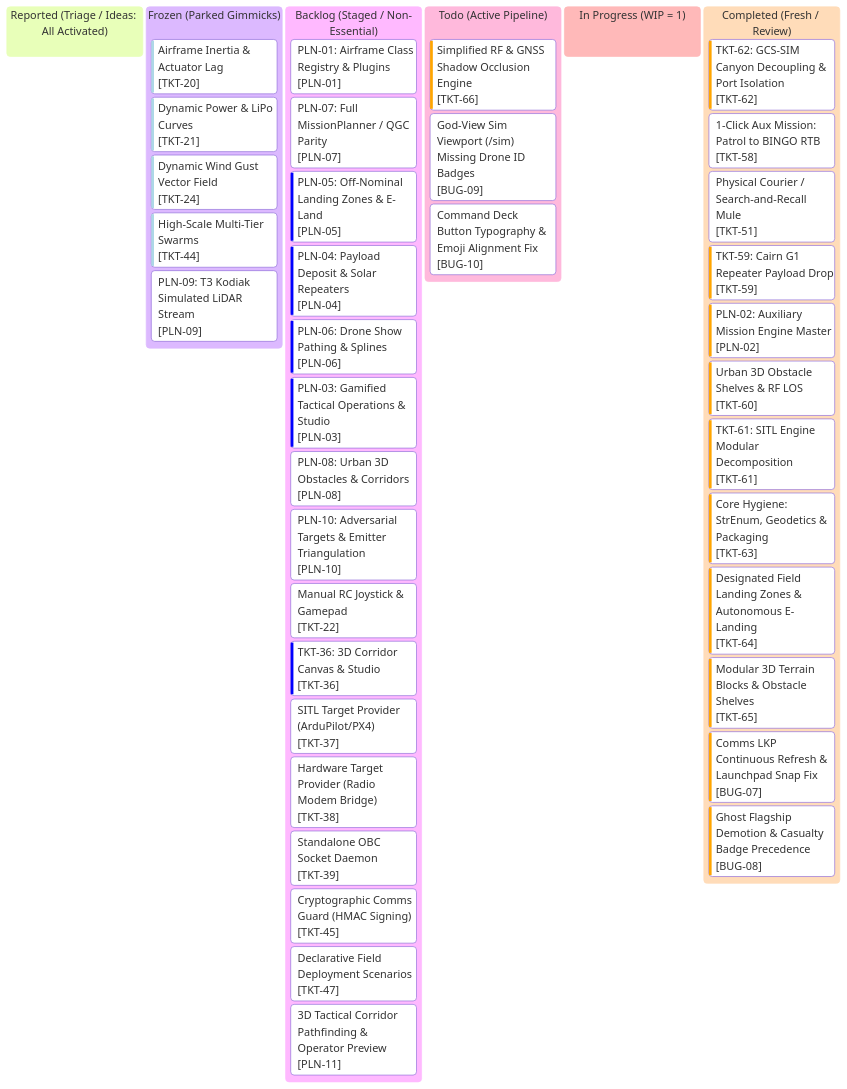
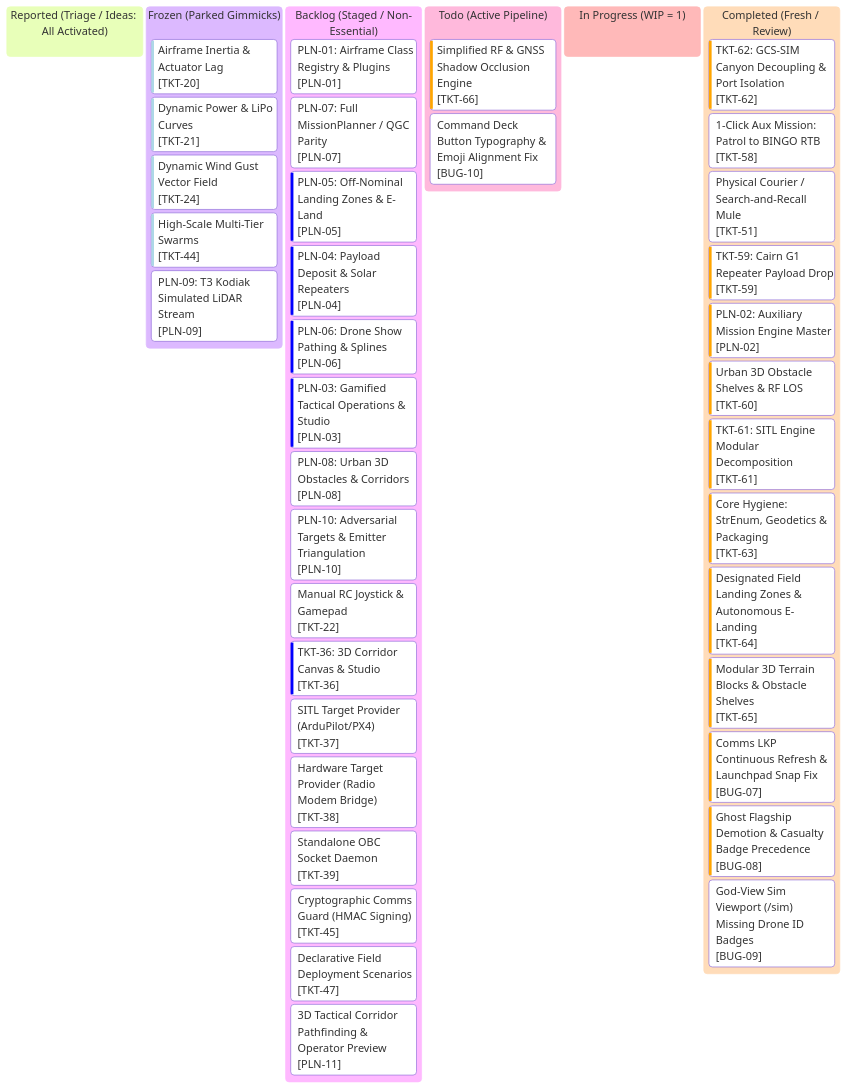
One commit to AlitheiaDeus/AlitheiaHive changed the diagram in roadmap/kanban.md. Above: the diagram before and after it, drawn with Mermaid. The commit also changed other lines of this file and 2 other files, not shown here.

Commit message:
fix(sim-ui): render tactical drone ID badges in god-view viewport (BUG-09)

````diff
--- a/roadmap/kanban.md
+++ b/roadmap/kanban.md
@@ -10,65 +10,65 @@
 ```mermaid
 %%{init: {
   'theme': 'base',
   'themeVariables': {
     'primaryColor': '#0d2235',
     'primaryTextColor': '#d4f4ff',
     'primaryBorderColor': '#00f0ff',
     'lineColor': '#00f0ff',
     'background': '#061019',
     'mainBkg': '#0a1926',
     'secondaryColor': '#081420',
     'secondaryTextColor': '#5a7e96',
     'secondaryBorderColor': '#134e6f',
     'tertiaryColor': '#0e263d',
     'tertiaryTextColor': '#00ffaa',
     'tertiaryBorderColor': '#00ffaa',
     'clusterBkg': '#081420',
     'clusterBorder': '#134e6f',
     'fontFamily': "'JetBrains Mono', 'Courier New', monospace"
   }
 }}%%
 kanban
   reported["Reported (Triage / Ideas: All Activated)"]
   frozen["Frozen (Parked Gimmicks)"]
     tkt20["Airframe Inertia & Actuator Lag"]@{ ticket: '[TKT-20]', priority: 'Very Low' }
     tkt21["Dynamic Power & LiPo Curves"]@{ ticket: '[TKT-21]', priority: 'Very Low' }
     tkt24["Dynamic Wind Gust Vector Field"]@{ ticket: '[TKT-24]', priority: 'Very Low' }
     tkt44["High-Scale Multi-Tier Swarms"]@{ ticket: '[TKT-44]', priority: 'Very Low' }
     pln09["PLN-09: T3 Kodiak Simulated LiDAR Stream"]@{ ticket: '[PLN-09]', priority: 'Medium' }
   backlog["Backlog (Staged / Non-Essential)"]
     pln01["PLN-01: Airframe Class Registry & Plugins"]@{ ticket: '[PLN-01]', priority: 'Medium' }
     pln07["PLN-07: Full MissionPlanner / QGC Parity"]@{ ticket: '[PLN-07]', priority: 'Medium' }
     pln05["PLN-05: Off-Nominal Landing Zones & E-Land"]@{ ticket: '[PLN-05]', priority: 'Low' }
     pln04["PLN-04: Payload Deposit & Solar Repeaters"]@{ ticket: '[PLN-04]', priority: 'Low' }
     pln06["PLN-06: Drone Show Pathing & Splines"]@{ ticket: '[PLN-06]', priority: 'Low' }
     pln03["PLN-03: Gamified Tactical Operations & Studio"]@{ ticket: '[PLN-03]', priority: 'Low' }
     pln08["PLN-08: Urban 3D Obstacles & Corridors"]@{ ticket: '[PLN-08]', priority: 'Medium' }
     pln10["PLN-10: Adversarial Targets & Emitter Triangulation"]@{ ticket: '[PLN-10]', priority: 'Medium' }
     tkt22["Manual RC Joystick & Gamepad"]@{ ticket: '[TKT-22]', priority: 'Medium' }
     tkt36["TKT-36: 3D Corridor Canvas & Studio"]@{ ticket: '[TKT-36]', priority: 'Low' }
     tkt37["SITL Target Provider (ArduPilot/PX4)"]@{ ticket: '[TKT-37]', priority: 'Medium' }
     tkt38["Hardware Target Provider (Radio Modem Bridge)"]@{ ticket: '[TKT-38]', priority: 'Medium' }
     tkt39["Standalone OBC Socket Daemon"]@{ ticket: '[TKT-39]', priority: 'Medium' }
     tkt45["Cryptographic Comms Guard (HMAC Signing)"]@{ ticket: '[TKT-45]', priority: 'Medium' }
     tkt47["Declarative Field Deployment Scenarios"]@{ ticket: '[TKT-47]', priority: 'Medium' }
     pln11["3D Tactical Corridor Pathfinding & Operator Preview"]@{ ticket: '[PLN-11]', priority: 'Medium' }
   todo["Todo (Active Pipeline)"]
     tkt66["Simplified RF & GNSS Shadow Occlusion Engine"]@{ ticket: '[TKT-66]', priority: 'High' }
-    bug09["God-View Sim Viewport (/sim) Missing Drone ID Badges"]@{ ticket: '[BUG-09]', priority: 'Normal' }
     bug10["Command Deck Button Typography & Emoji Alignment Fix"]@{ ticket: '[BUG-10]', priority: 'Normal' }
   in_progress["In Progress (WIP = 1)"]
   completed["Completed (Fresh / Review)"]
     tkt62["TKT-62: GCS-SIM Canyon Decoupling & Port Isolation"]@{ ticket: '[TKT-62]', priority: 'High' }
     tkt58["1-Click Aux Mission: Patrol to BINGO RTB"]@{ ticket: '[TKT-58]', priority: 'Medium' }
     tkt51["Physical Courier / Search-and-Recall Mule"]@{ ticket: '[TKT-51]', priority: 'Medium' }
     tkt59["TKT-59: Cairn G1 Repeater Payload Drop"]@{ ticket: '[TKT-59]', priority: 'High' }
     pln02["PLN-02: Auxiliary Mission Engine Master"]@{ ticket: '[PLN-02]', priority: 'High' }
     tkt60["Urban 3D Obstacle Shelves & RF LOS"]@{ ticket: '[TKT-60]', priority: 'High' }
     tkt61["TKT-61: SITL Engine Modular Decomposition"]@{ ticket: '[TKT-61]', priority: 'High' }
     tkt63["Core Hygiene: StrEnum, Geodetics & Packaging"]@{ ticket: '[TKT-63]', priority: 'High' }
     tkt64["Designated Field Landing Zones & Autonomous E-Landing"]@{ ticket: '[TKT-64]', priority: 'High' }
     tkt65["Modular 3D Terrain Blocks & Obstacle Shelves"]@{ ticket: '[TKT-65]', priority: 'High' }
     bug07["Comms LKP Continuous Refresh & Launchpad Snap Fix"]@{ ticket: '[BUG-07]', priority: 'High' }
     bug08["Ghost Flagship Demotion & Casualty Badge Precedence"]@{ ticket: '[BUG-08]', priority: 'High' }
+    bug09["God-View Sim Viewport (/sim) Missing Drone ID Badges"]@{ ticket: '[BUG-09]', priority: 'Normal' }
 ```
````
